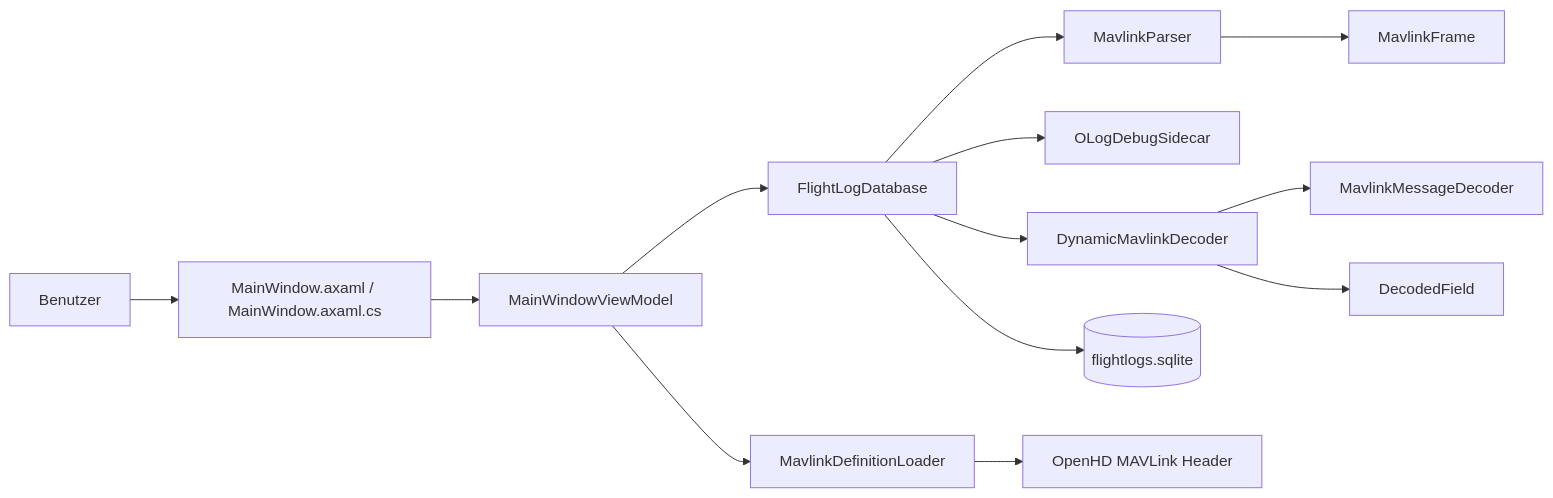
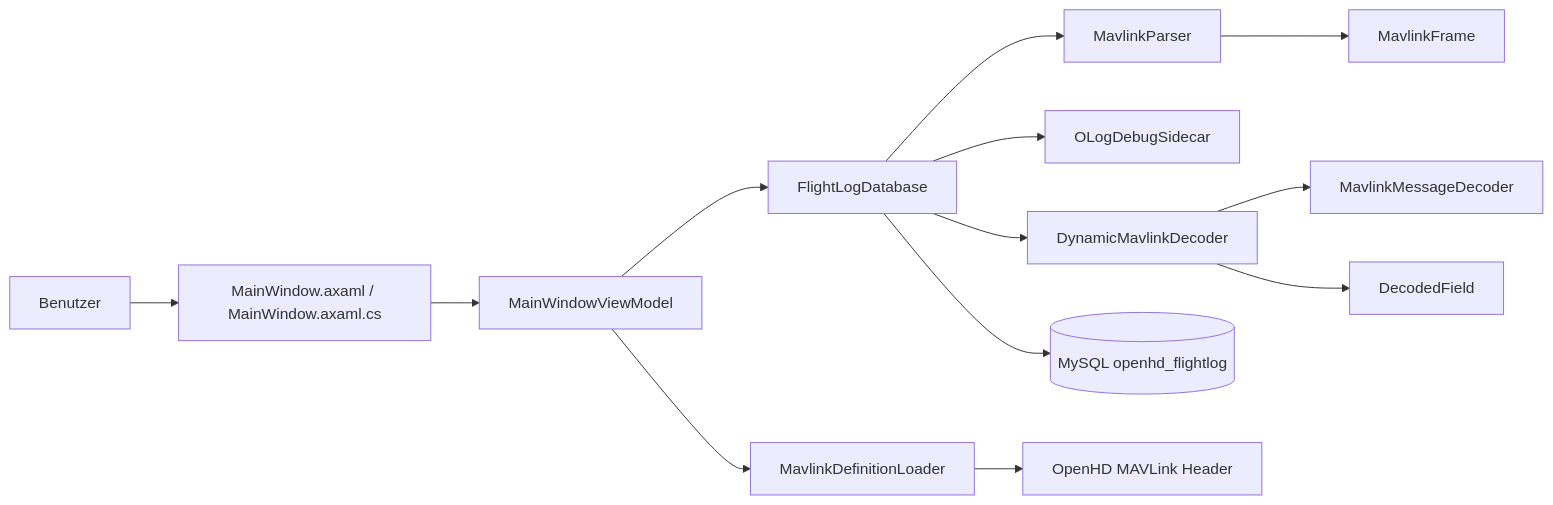
One commit to raphaelscholle/openhd-flightLog changed the diagram in docs/diagrams/architecture-overview.mmd. Above: the diagram before and after it, drawn with Mermaid. The commit also changed 14 other files, not shown here.

```diff
--- a/docs/diagrams/architecture-overview.mmd
+++ b/docs/diagrams/architecture-overview.mmd
@@ -1,13 +1,13 @@
 flowchart LR
     User[Benutzer] --> View[MainWindow.axaml / MainWindow.axaml.cs]
     View --> VM[MainWindowViewModel]
     VM --> DB[FlightLogDatabase]
     VM --> DefLoader[MavlinkDefinitionLoader]
     DB --> Parser[MavlinkParser]
     DB --> Sidecar[OLogDebugSidecar]
     DB --> DynamicDecoder[DynamicMavlinkDecoder]
     DynamicDecoder --> FallbackDecoder[MavlinkMessageDecoder]
-    DB --> SQLite[(flightlogs.sqlite)]
+    DB --> MySQL[(MySQL openhd_flightlog)]
     DefLoader --> Headers[OpenHD MAVLink Header]
     Parser --> Frames[MavlinkFrame]
     DynamicDecoder --> Fields[DecodedField]
```
